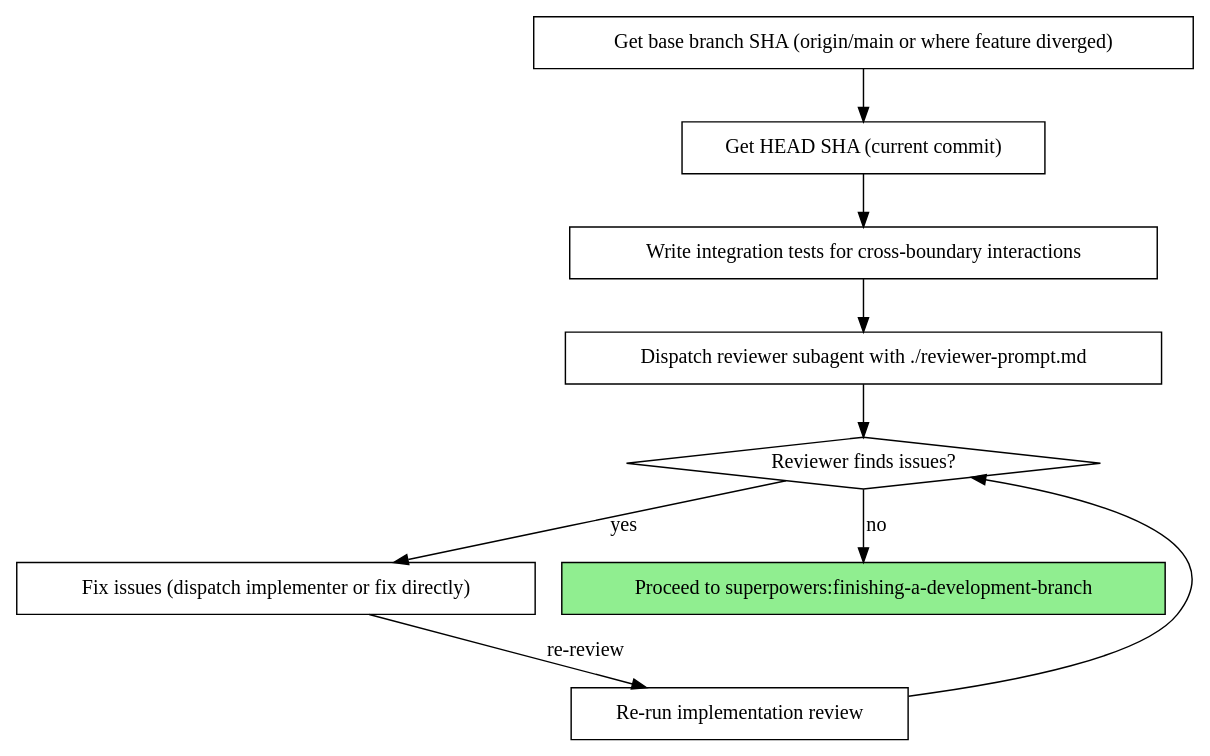
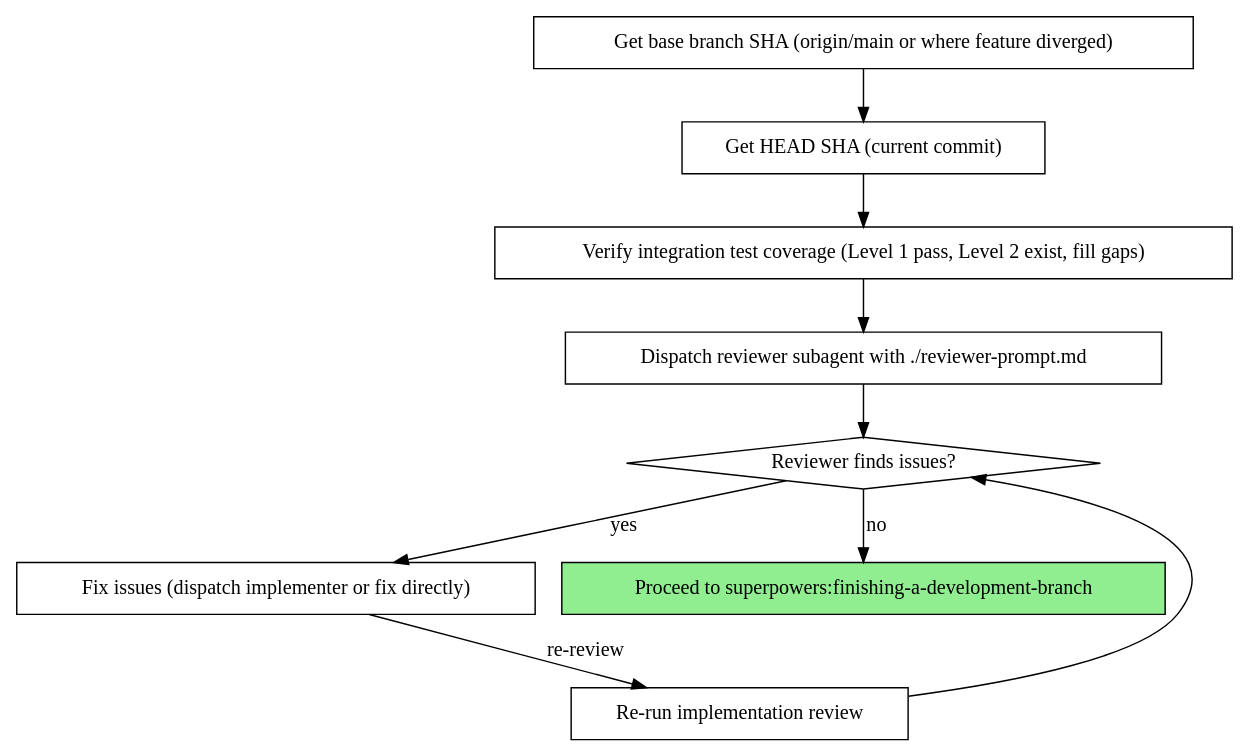
The diagram in skills/implementation-review/SKILL.md (nikhilsitaram/claude-caliper), drawn with Graphviz before and after one commit. The commit also changed other lines of this file, not shown here.

Commit message:
feat: shift implementation-review from write to verify integration tests

````diff
--- a/skills/implementation-review/SKILL.md
+++ b/skills/implementation-review/SKILL.md
@@ -23,22 +23,22 @@
 ```dot
 digraph process {
     rankdir=TB;
     "Get base branch SHA (origin/main or where feature diverged)" [shape=box];
     "Get HEAD SHA (current commit)" [shape=box];
-    "Write integration tests for cross-boundary interactions" [shape=box];
+    "Verify integration test coverage (Level 1 pass, Level 2 exist, fill gaps)" [shape=box];
     "Dispatch reviewer subagent with ./reviewer-prompt.md" [shape=box];
     "Reviewer finds issues?" [shape=diamond];
     "Fix issues (dispatch implementer or fix directly)" [shape=box];
     "Re-run implementation review" [shape=box];
     "Proceed to superpowers:finishing-a-development-branch" [shape=box style=filled fillcolor=lightgreen];
 
     "Get base branch SHA (origin/main or where feature diverged)" -> "Get HEAD SHA (current commit)";
-    "Get HEAD SHA (current commit)" -> "Write integration tests for cross-boundary interactions";
-    "Write integration tests for cross-boundary interactions" -> "Dispatch reviewer subagent with ./reviewer-prompt.md";
+    "Get HEAD SHA (current commit)" -> "Verify integration test coverage (Level 1 pass, Level 2 exist, fill gaps)";
+    "Verify integration test coverage (Level 1 pass, Level 2 exist, fill gaps)" -> "Dispatch reviewer subagent with ./reviewer-prompt.md";
     "Dispatch reviewer subagent with ./reviewer-prompt.md" -> "Reviewer finds issues?";
     "Reviewer finds issues?" -> "Fix issues (dispatch implementer or fix directly)" [label="yes"];
     "Fix issues (dispatch implementer or fix directly)" -> "Re-run implementation review" [label="re-review"];
     "Re-run implementation review" -> "Reviewer finds issues?";
     "Reviewer finds issues?" -> "Proceed to superpowers:finishing-a-development-branch" [label="no"];
 }
 ```
````
